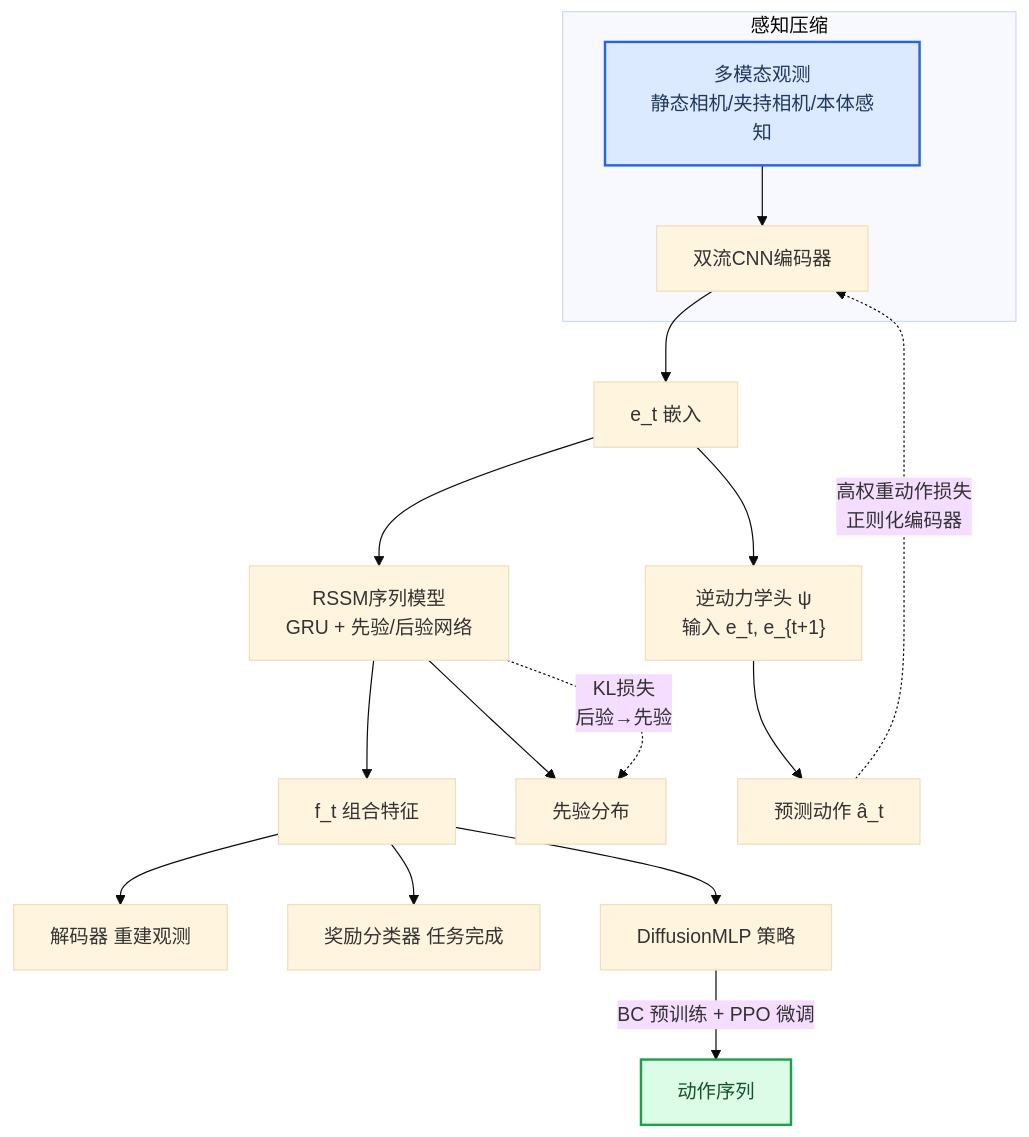
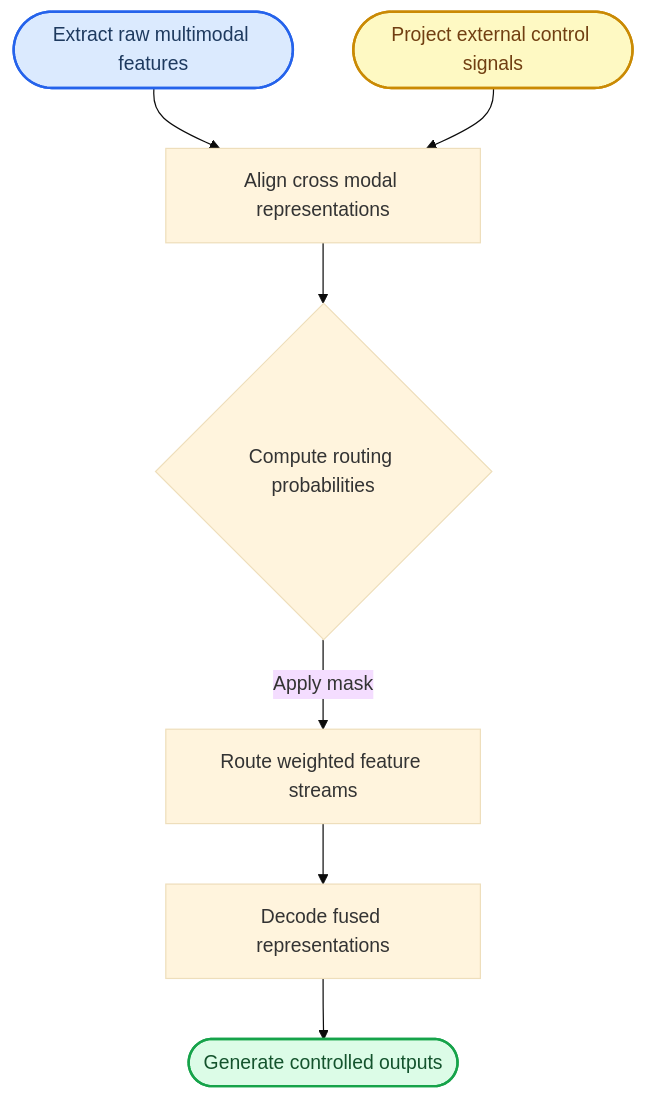
One commit to ShinewineW/paper-rolling changed the third of 10 diagrams in person_vault/2026-06-08_EnhancingPolicyLearningWithWorldActionModel_2603.28955/report.md. Above: the diagram before and after it, drawn with Mermaid (base theme). The commit also changed other lines of this file and 300 other files, not shown here.

````diff
--- a/person_vault/2026-06-08_EnhancingPolicyLearningWithWorldActionModel_2603.28955/report.md
+++ b/person_vault/2026-06-08_EnhancingPolicyLearningWithWorldActionModel_2603.28955/report.md
@@ -105,24 +116,21 @@
 ```mermaid
-graph TB
-    subgraph Perception ["感知压缩"]
-        O["多模态观测<br/>静态相机/夹持相机/本体感知"] --> Enc["双流CNN编码器"]
-    end
-    Enc --> e_t["e_t 嵌入"]
-    e_t --> RSSM["RSSM序列模型<br/>GRU + 先验/后验网络"]
-    e_t --> Inv["逆动力学头 ψ<br/>输入 e_t, e_{t+1}"]
-    Inv --> a_pred["预测动作 â_t"]
-    a_pred -.->|高权重动作损失<br/>正则化编码器| Enc
-    RSSM --> f_t["f_t 组合特征"]
-    f_t --> Dec["解码器 重建观测"]
-    f_t --> Rew["奖励分类器 任务完成"]
-    RSSM --> Prior["先验分布"]
-    RSSM -.->|KL损失<br/>后验→先验| Prior
-    f_t --> Policy["DiffusionMLP 策略"]
-    Policy -->|BC 预训练 + PPO 微调| Action["动作序列"]
+flowchart TB
+    raw_input_capture(["Extract raw multimodal features"]):::required
+    condition_proj(["Project external control signals"]):::optional
+    cross_attn_align["Align cross modal representations"]
+    dynamic_gate{Compute routing probabilities}
+    adaptive_router["Route weighted feature streams"]
+    diffusion_decoder["Decode fused representations"]
+    controlled_sample(["Generate controlled outputs"]):::output
+
+    raw_input_capture --> cross_attn_align
+    condition_proj --> cross_attn_align
+    cross_attn_align --> dynamic_gate
+    dynamic_gate -->|Apply mask| adaptive_router
+    adaptive_router --> diffusion_decoder
+    diffusion_decoder --> controlled_sample
 
     classDef required fill:#dbeafe,stroke:#2563eb,stroke-width:2px,color:#1e3a5f
     classDef output fill:#dcfce7,stroke:#16a34a,stroke-width:2px,color:#14532d
     classDef optional fill:#fef9c3,stroke:#ca8a04,stroke-width:2px,color:#713f12
-    class O required
-    class Action output
 ```
````
